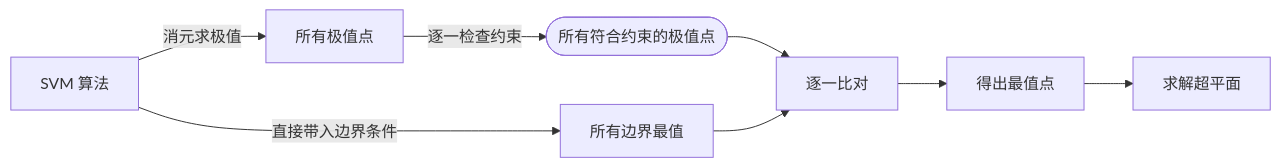
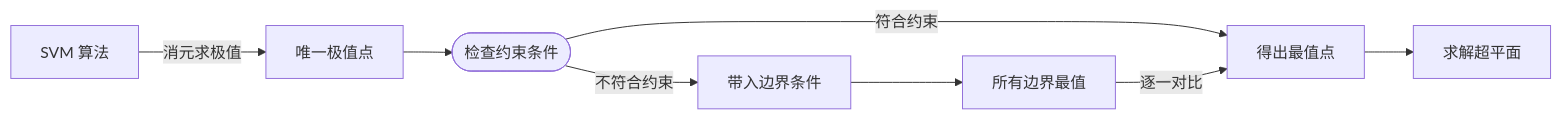
Before and after one commit to zhaochenyang20/IAI_2022: the first of 2 diagrams in machine learning.md, drawn with Mermaid. The commit also changed other lines of this file and 1 other file, not shown here.

````diff
--- a/machine learning.md
+++ b/machine learning.md
@@ -252,11 +253,8 @@
 ```mermaid
 flowchart LR
       B[SVM 算法]
-      B--消元求极值-->E[所有极值点]
-      B--直接带入边界条件-->K[所有边界最值]
-      E--逐一检查约束-->F([所有符合约束的极值点])
-      F-->J[逐一比对]
-      K-->J
-      J-->得出最值点-->求解超平面
+      B--消元求极值-->E[唯一极值点]-->C([检查约束条件])--符合约束-->J
+      C--不符合约束-->带入边界条件-->K[所有边界最值]--逐一对比-->J
+      J[得出最值点]-->求解超平面
 
 ```
````
